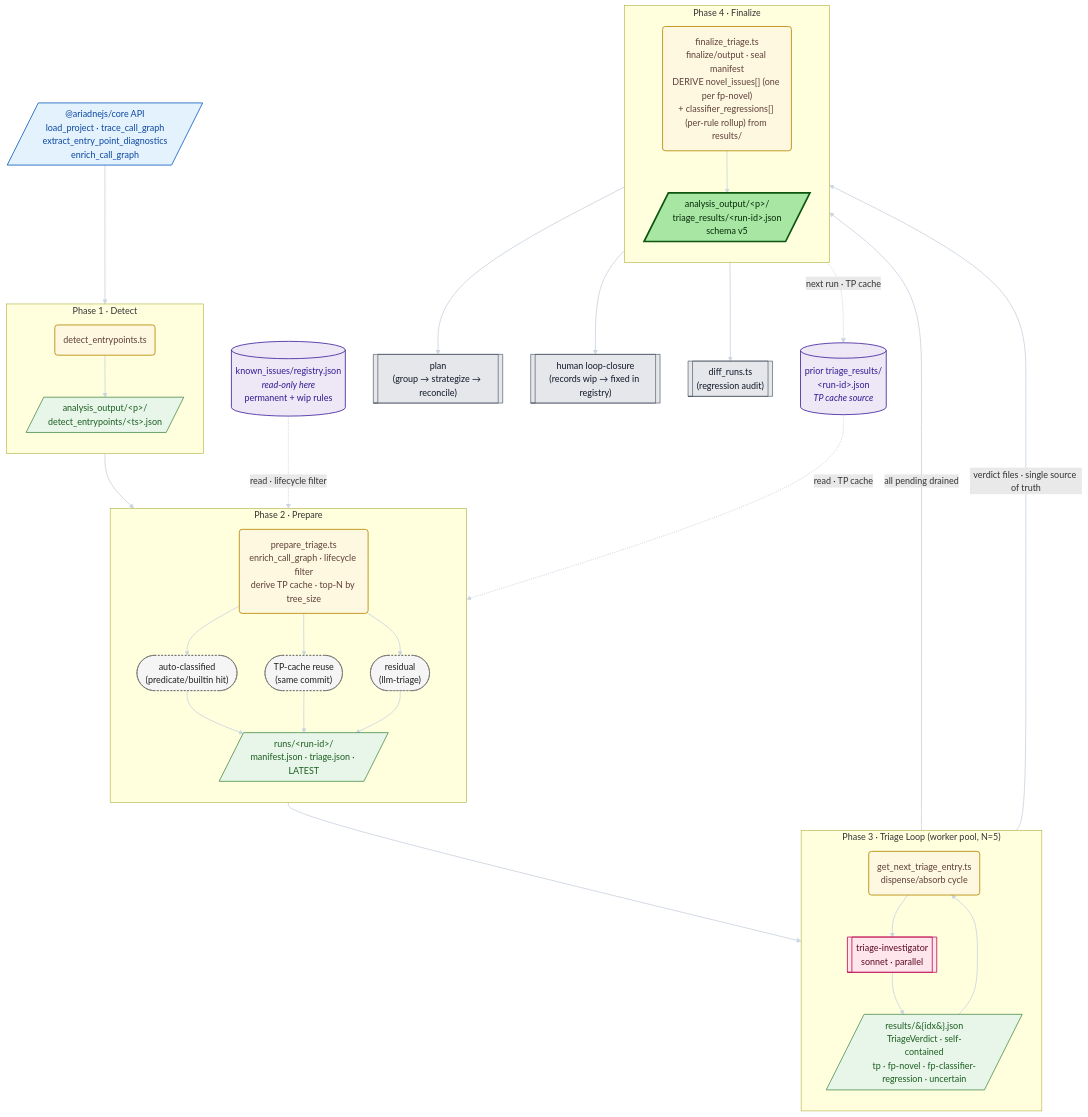
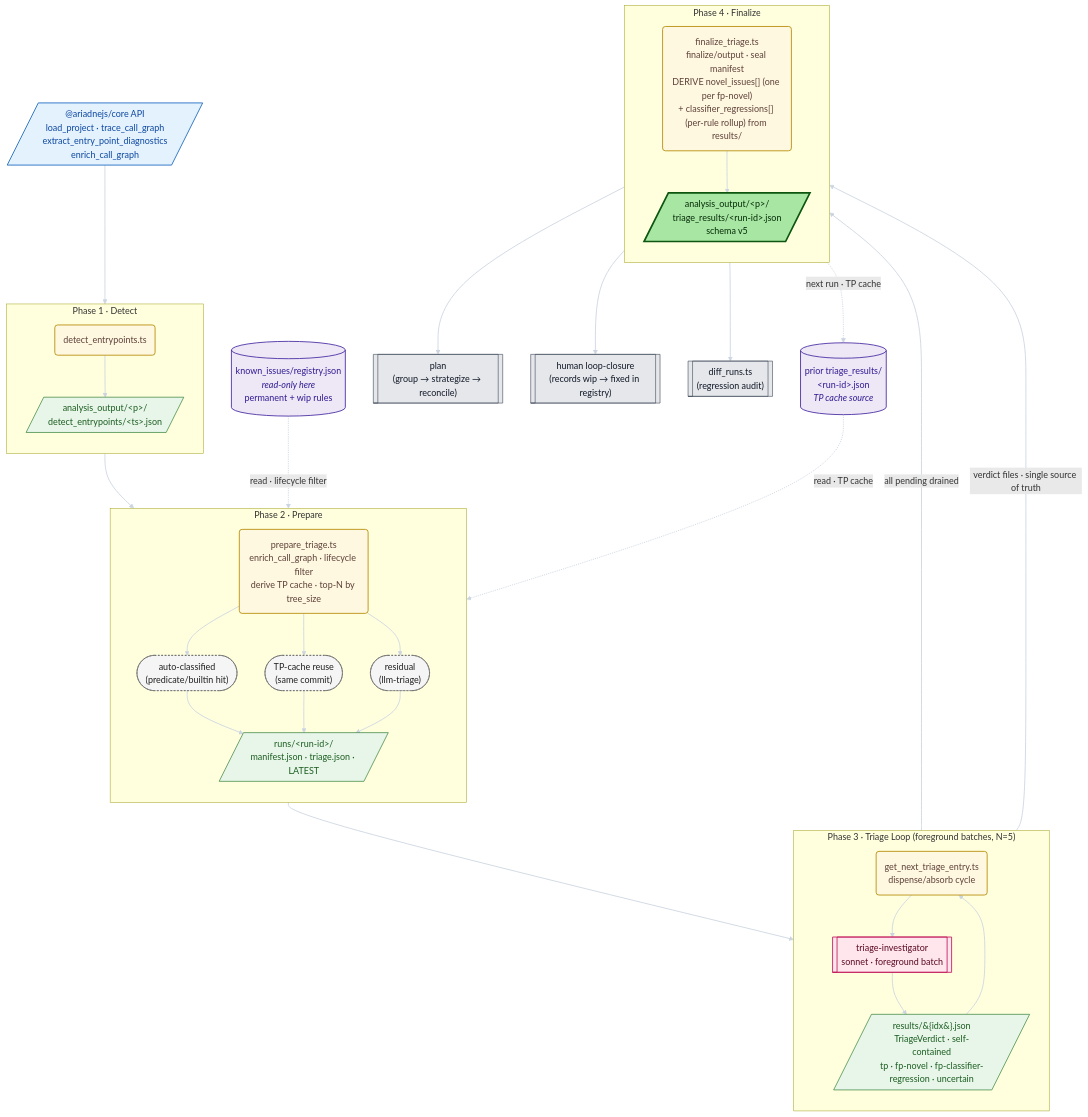
The diagram in .claude/skills/triage/README.per-step.mmd (CRJFisher/ariadne), drawn with Mermaid before and after one commit. The commit also changed 9 other files, not shown here.

```diff
--- a/.claude/skills/triage/README.per-step.mmd
+++ b/.claude/skills/triage/README.per-step.mmd
@@ -1,73 +1,73 @@
 flowchart TD
   classDef ext        fill:#e3f2fd,stroke:#1565c0,stroke-width:1.5px,color:#0d47a1
   classDef store      fill:#ede7f6,stroke:#4527a0,stroke-width:1.5px,color:#311b92
   classDef artifact   fill:#e8f5e9,stroke:#2e7d32,stroke-width:1.2px,color:#1b5e20
   classDef step       fill:#fff8e1,stroke:#b58900,stroke-width:1.5px,color:#5d4037
   classDef agent      fill:#ffe5ec,stroke:#c2185b,stroke-width:1.5px,color:#5a0922
   classDef inter      fill:#f5f5f5,stroke:#616161,stroke-width:1px,color:#212121,stroke-dasharray:3 3
   classDef published  fill:#a8e6a3,stroke:#0e5510,stroke-width:3px,color:#062c08
   classDef downstream fill:#e5e7eb,stroke:#374151,stroke-width:1px,color:#111827
 
   CORE[/"@ariadnejs/core API<br/>load_project · trace_call_graph<br/>extract_entry_point_diagnostics<br/>enrich_call_graph"/]:::ext
 
   REG[("known_issues/registry.json<br/><i>read-only here</i><br/>permanent + wip rules")]:::store
   PRIOR[("prior triage_results/<br/>&lt;run-id&gt;.json<br/><i>TP cache source</i>")]:::store
 
   subgraph P1["Phase 1 · Detect"]
     direction TB
     S1("detect_entrypoints.ts"):::step
     A1[/"analysis_output/&lt;p&gt;/<br/>detect_entrypoints/&lt;ts&gt;.json"/]:::artifact
   end
 
   subgraph P2["Phase 2 · Prepare"]
     direction TB
     S2("prepare_triage.ts<br/>enrich_call_graph · lifecycle filter<br/>derive TP cache · top-N by tree_size"):::step
     I_AUTO(["auto-classified<br/>(predicate/builtin hit)"]):::inter
     I_TP(["TP-cache reuse<br/>(same commit)"]):::inter
     I_RES(["residual<br/>(llm-triage)"]):::inter
     A2[/"runs/&lt;run-id&gt;/<br/>manifest.json · triage.json · LATEST"/]:::artifact
   end
 
-  subgraph P3["Phase 3 · Triage Loop (worker pool, N=5)"]
+  subgraph P3["Phase 3 · Triage Loop (foreground batches, N=5)"]
     direction TB
     S3("get_next_triage_entry.ts<br/>dispense/absorb cycle"):::step
-    AG3[["triage-investigator<br/>sonnet · parallel"]]:::agent
+    AG3[["triage-investigator<br/>sonnet · foreground batch"]]:::agent
     A3[/"results/&#123;idx&#125;.json<br/>TriageVerdict · self-contained<br/>tp · fp-novel · fp-classifier-regression · uncertain"/]:::artifact
   end
 
   subgraph P4["Phase 4 · Finalize"]
     direction TB
     S5("finalize_triage.ts<br/>finalize/output · seal manifest<br/>DERIVE novel_issues[] (one per fp-novel)<br/>+ classifier_regressions[] (per-rule rollup) from results/"):::step
     PUB[/"analysis_output/&lt;p&gt;/<br/>triage_results/&lt;run-id&gt;.json<br/>schema v5"/]:::published
   end
 
   CUR[["plan<br/>(group → strategize → reconcile)"]]:::downstream
   FX[["human loop-closure<br/>(records wip → fixed in registry)"]]:::downstream
   DIF[["diff_runs.ts<br/>(regression audit)"]]:::downstream
 
   CORE --> S1
   S1 --> A1 --> S2
   REG -. "read · lifecycle filter" .-> S2
   PRIOR -. "read · TP cache" .-> S2
 
   S2 --> I_AUTO
   S2 --> I_TP
   S2 --> I_RES
   I_AUTO --> A2
   I_TP --> A2
   I_RES --> A2
 
   A2 --> S3
   S3 --> AG3 --> A3
   A3 --> S3
   S3 -- "all pending drained" --> S5
   A3 -- "verdict files · single source of truth" --> S5
   S5 --> PUB
 
   PUB --> CUR
   PUB --> FX
   PUB --> DIF
 
   PUB -. "next run · TP cache" .-> PRIOR
 
   linkStyle default stroke:#cbd5e1,stroke-width:1.5px
```
